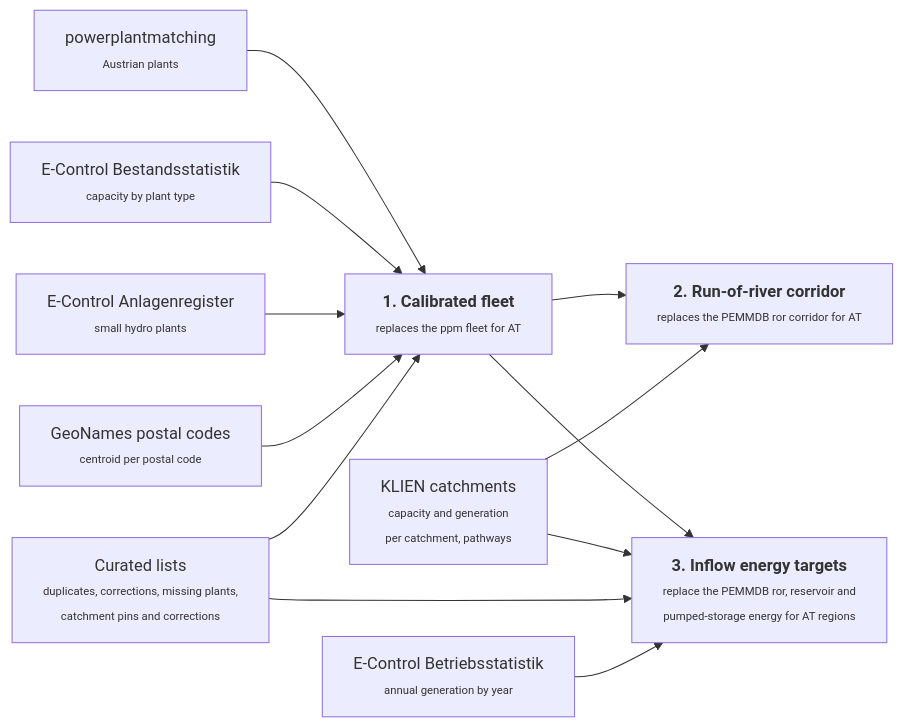
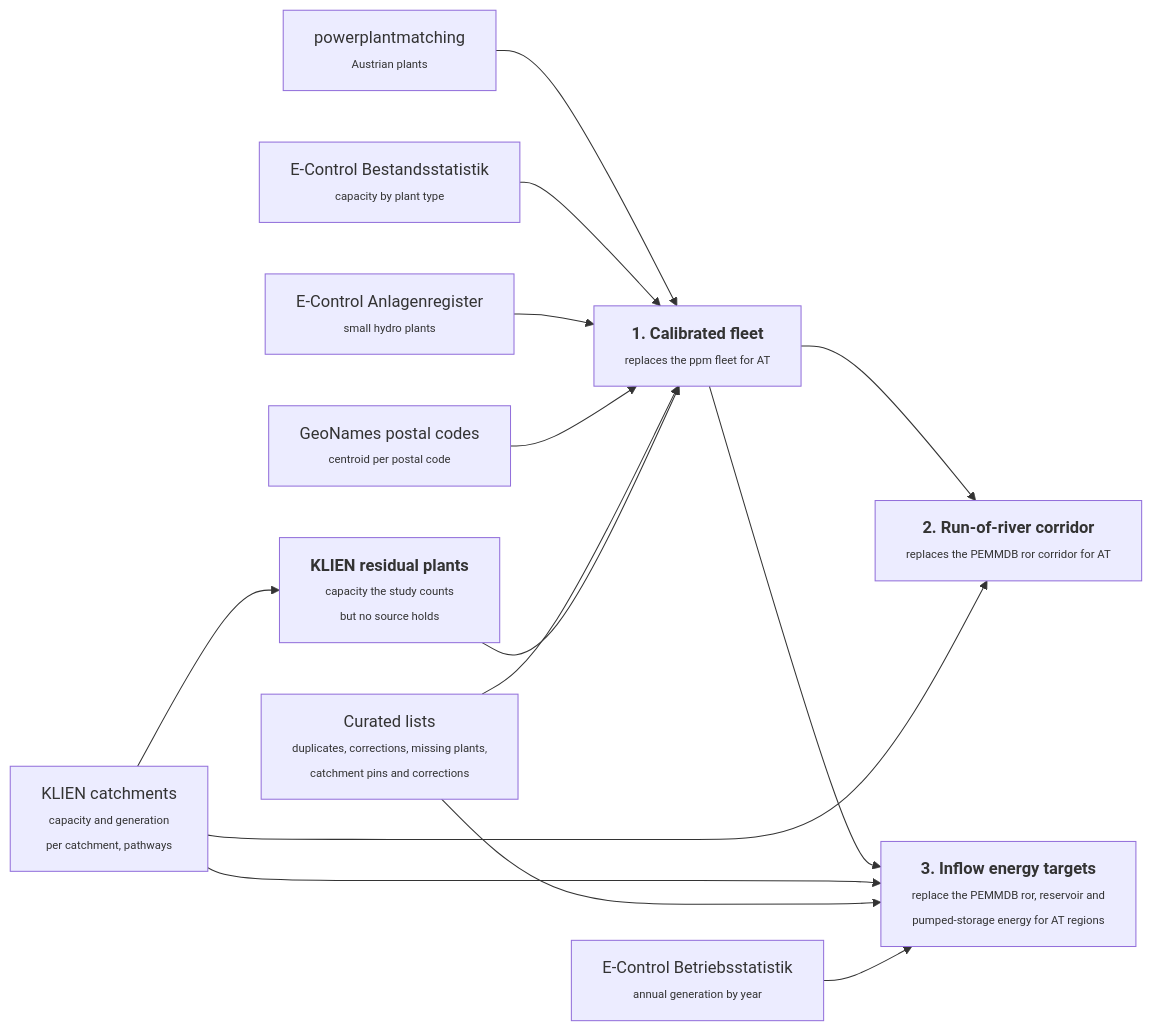
One commit to AGGM-AG/pypsa-at changed the second of 2 diagrams in docs-at/explanations/hydro-capacity-trajectories.md. Above: the diagram before and after it, drawn with Mermaid. The commit also changed other lines of this file and 6 other files, not shown here.

````diff
--- a/docs-at/explanations/hydro-capacity-trajectories.md
+++ b/docs-at/explanations/hydro-capacity-trajectories.md
@@ -85,24 +85,26 @@
 ```mermaid
 flowchart LR
     PPM["powerplantmatching<br/><span style='font-size:11px'>Austrian plants</span>"]
     ECB["E-Control Bestandsstatistik<br/><span style='font-size:11px'>capacity by plant type</span>"]
     REG["E-Control Anlagenregister<br/><span style='font-size:11px'>small hydro plants</span>"]
     CUR["Curated lists<br/><span style='font-size:11px'>duplicates, corrections, missing plants,<br/>catchment pins and corrections</span>"]
+    RES["<b>KLIEN residual plants</b><br/><span style='font-size:11px'>capacity the study counts<br/>but no source holds</span>"]
     GEO["GeoNames postal codes<br/><span style='font-size:11px'>centroid per postal code</span>"]
     KLC["KLIEN catchments<br/><span style='font-size:11px'>capacity and generation<br/>per catchment, pathways</span>"]
     ECJ["E-Control Betriebsstatistik<br/><span style='font-size:11px'>annual generation by year</span>"]
     FLT["<b>1. Calibrated fleet</b><br/><span style='font-size:11px'>replaces the ppm fleet for AT</span>"]
     COR["<b>2. Run-of-river corridor</b><br/><span style='font-size:11px'>replaces the PEMMDB ror corridor for AT</span>"]
     TGT["<b>3. Inflow energy targets</b><br/><span style='font-size:11px'>replace the PEMMDB ror, reservoir and<br/>pumped-storage energy for AT regions</span>"]
     PPM --> FLT
     ECB --> FLT
     REG --> FLT
     GEO --> FLT
     CUR --> FLT
     FLT --> COR
     KLC --> COR
+    KLC --> RES --> FLT
     FLT --> TGT
     KLC --> TGT
     CUR --> TGT
     ECJ --> TGT
 ```
````
